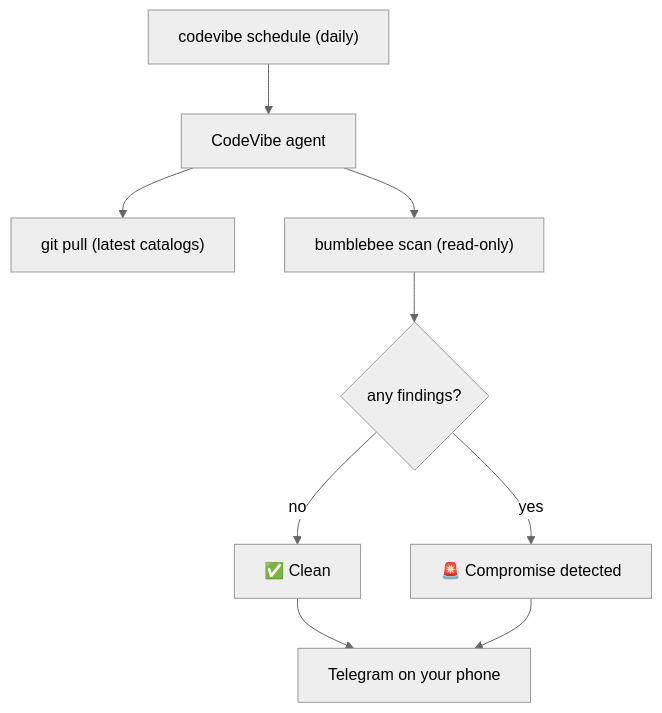
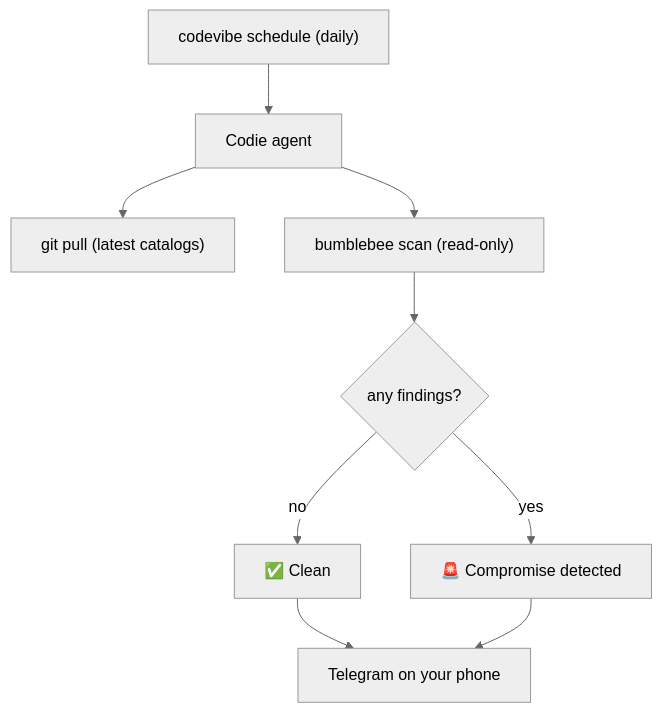
One commit to atnumridha/codevibe changed the diagram in docs/cli/samples/supply-chain-alerts.mdx. Above: the diagram before and after it, drawn with Mermaid (neutral theme). The commit also changed other lines of this file and 620 other files, not shown here.

````diff
--- a/docs/cli/samples/supply-chain-alerts.mdx
+++ b/docs/cli/samples/supply-chain-alerts.mdx
@@ -16,11 +16,11 @@
 ```mermaid
 flowchart TD
-    cron["codevibe schedule (daily)"] --> agent["CodeVibe agent"]
+    cron["codevibe schedule (daily)"] --> agent["Codie agent"]
     agent --> pull["git pull (latest catalogs)"]
     agent --> scan["bumblebee scan (read-only)"]
     scan --> q{"any findings?"}
     q -- "no" --> clean["✅ Clean"]
     q -- "yes" --> alert["🚨 Compromise detected"]
     clean --> tg["Telegram on your phone"]
     alert --> tg
 ```
````
